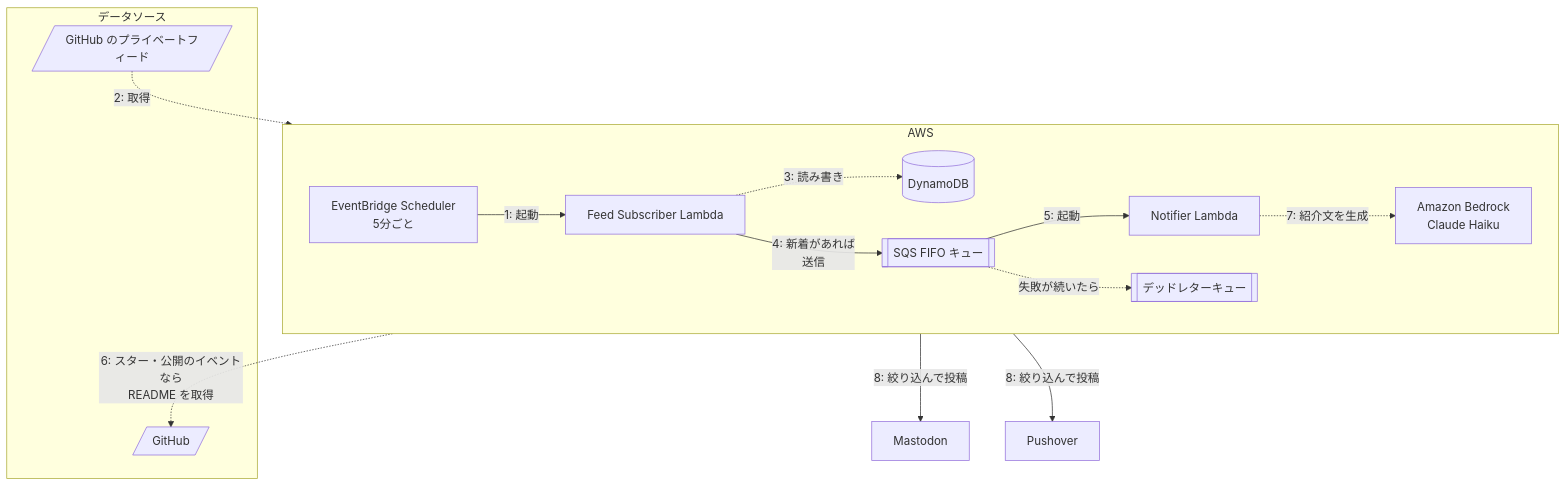
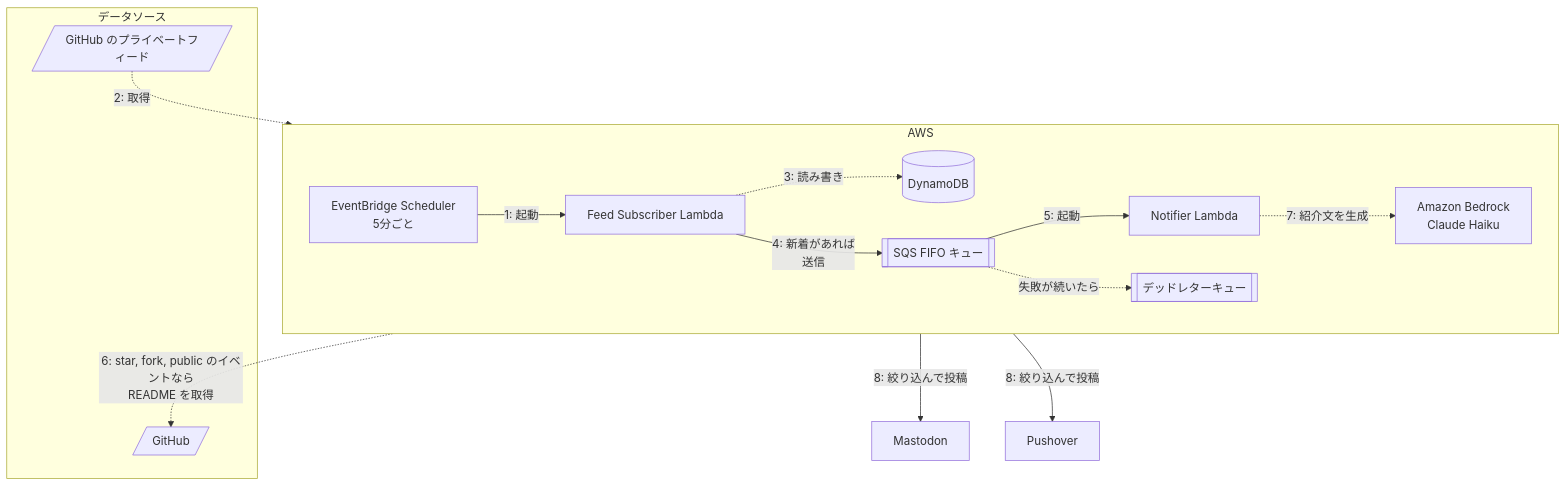
The first of 2 diagrams in README.md (masutaka/masutaka-feed), drawn with Mermaid before and after one commit. The commit also changed other lines of this file and 4 other files, not shown here.

````diff
--- a/README.md
+++ b/README.md
@@ -15,26 +15,26 @@
 ```mermaid
 graph TD
     subgraph "データソース"
         A[/GitHub のプライベートフィード/]
         R[/GitHub/]
     end
 
     subgraph "AWS"
         direction LR
         G[EventBridge Scheduler<br/>5分ごと] -->|1: 起動| H[Feed Subscriber Lambda]
         H -.->|3: 読み書き| I[(DynamoDB)]
         H -->|4: 新着があれば<br/>送信| Q[[SQS FIFO キュー]]
         Q -->|5: 起動| D[Notifier Lambda]
         Q -.->|失敗が続いたら| X[[デッドレターキュー]]
         B[Amazon Bedrock<br/>Claude Haiku]
     end
 
     E[Mastodon]
     F[Pushover]
 
     A -.->|2: 取得| H
-    D -.->|6: スター・公開のイベントなら<br/>README を取得| R
+    D -.->|6: star, fork, public のイベントなら<br/>README を取得| R
     D -.->|7: 紹介文を生成| B
     D -->|8: 絞り込んで投稿| E
     D -->|8: 絞り込んで投稿| F
 ```
````
